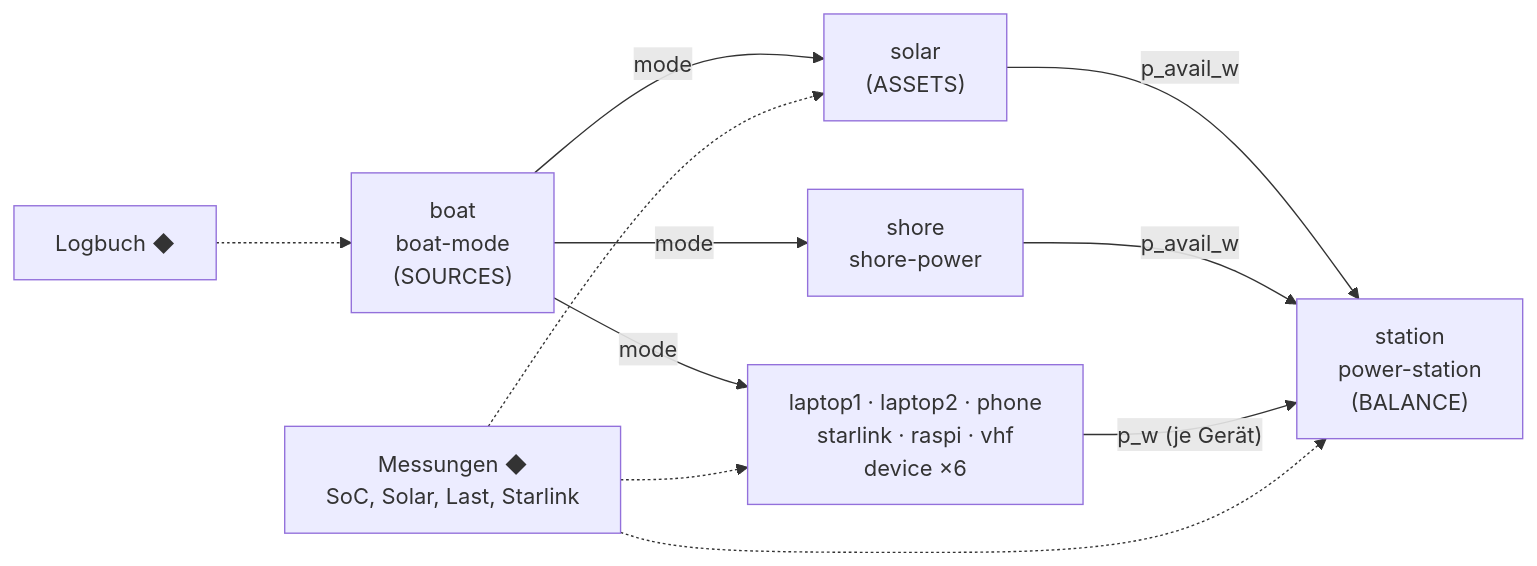
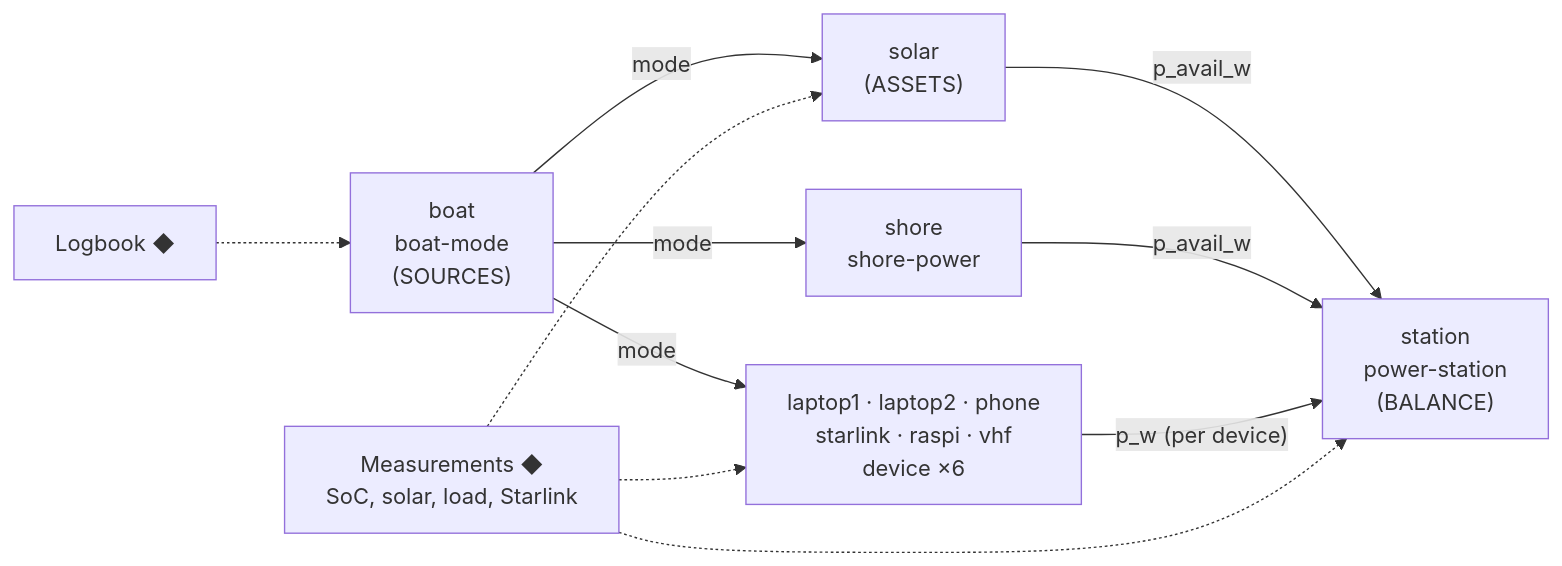
The diagram in docs/datamodel-2026/10-BOOT-ZWILLING.md (kamir/OpenTSx), drawn with Mermaid before and after one commit. The commit also changed other lines of this file and 45 other files, not shown here.

````diff
--- a/docs/datamodel-2026/10-BOOT-ZWILLING.md
+++ b/docs/datamodel-2026/10-BOOT-ZWILLING.md
@@ -96,13 +97,13 @@
 ```mermaid
 flowchart LR
   B["boat<br/>boat-mode<br/>(SOURCES)"] -- mode --> PV["solar<br/>(ASSETS)"]
   B -- mode --> SH["shore<br/>shore-power"]
   B -- mode --> D["laptop1 · laptop2 · phone<br/>starlink · raspi · vhf<br/>device ×6"]
   PV -- p_avail_w --> PS["station<br/>power-station<br/>(BALANCE)"]
   SH -- p_avail_w --> PS
-  D -- "p_w (je Gerät)" --> PS
-  LB["Logbuch ◆"] -.-> B
-  M["Messungen ◆<br/>SoC, Solar, Last, Starlink"] -.-> PV
+  D -- "p_w (per device)" --> PS
+  LB["Logbook ◆"] -.-> B
+  M["Measurements ◆<br/>SoC, solar, load, Starlink"] -.-> PV
   M -.-> PS
   M -.-> D
 ```
````
